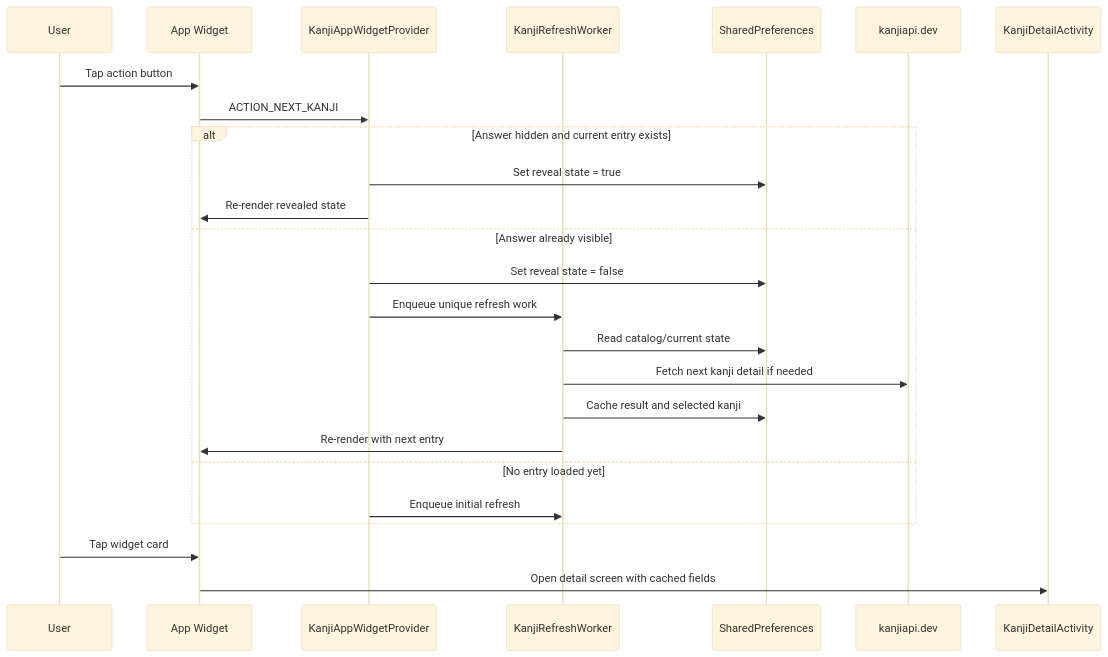
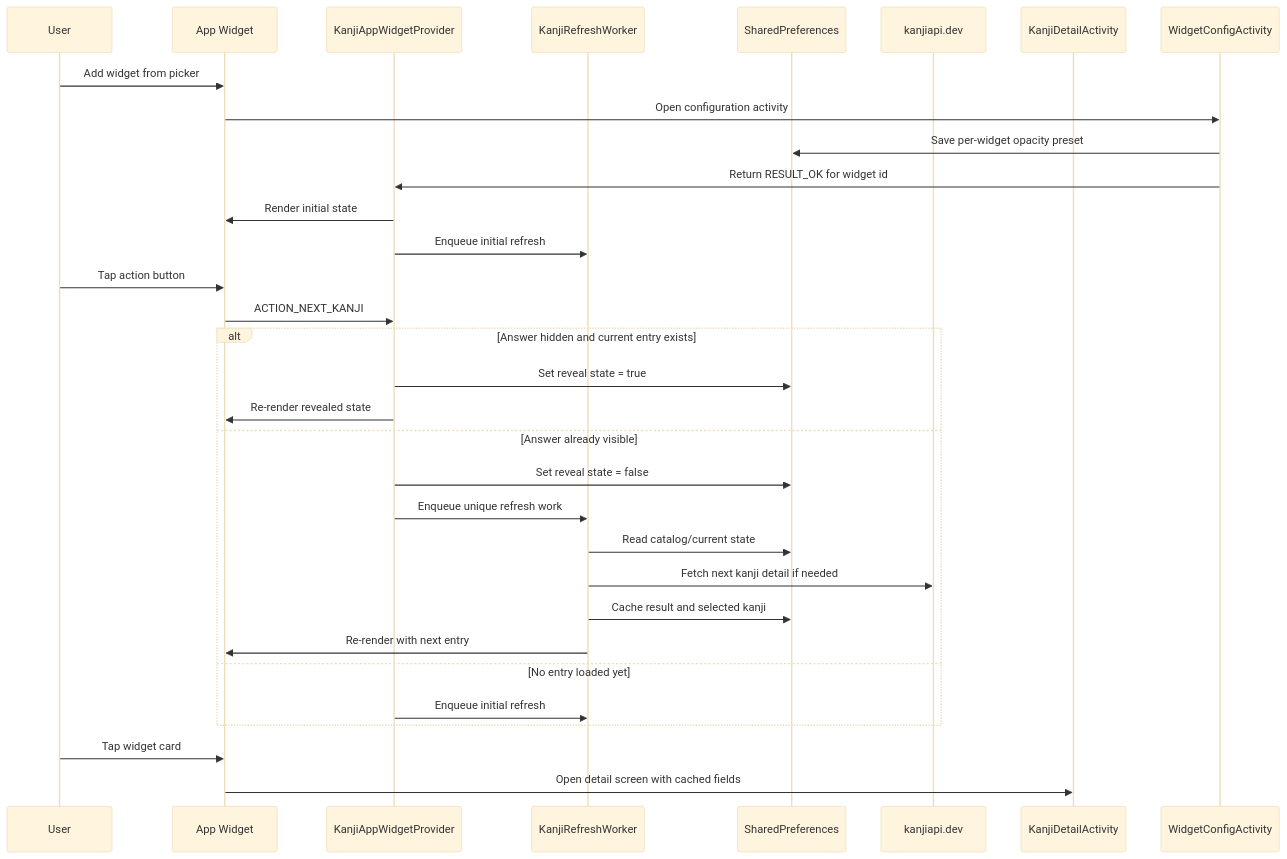
One commit to 2zcory/kanji-widget changed the diagram in docs/detail-design/widget.md. Above: the diagram before and after it, drawn with Mermaid (base theme). The commit also changed other lines of this file and 11 other files, not shown here.

Commit message:
Add widget configuration flow

````diff
--- a/docs/detail-design/widget.md
+++ b/docs/detail-design/widget.md
@@ -75,28 +89,36 @@
 ```mermaid
 sequenceDiagram
     participant User
     participant Widget as App Widget
     participant Provider as KanjiAppWidgetProvider
     participant Worker as KanjiRefreshWorker
     participant Prefs as SharedPreferences
     participant API as kanjiapi.dev
     participant Detail as KanjiDetailActivity
+    participant Config as WidgetConfigActivity
+
+    User->>Widget: Add widget from picker
+    Widget->>Config: Open configuration activity
+    Config->>Prefs: Save per-widget opacity preset
+    Config->>Provider: Return RESULT_OK for widget id
+    Provider->>Widget: Render initial state
+    Provider->>Worker: Enqueue initial refresh
 
     User->>Widget: Tap action button
     Widget->>Provider: ACTION_NEXT_KANJI
     alt Answer hidden and current entry exists
         Provider->>Prefs: Set reveal state = true
         Provider->>Widget: Re-render revealed state
     else Answer already visible
         Provider->>Prefs: Set reveal state = false
         Provider->>Worker: Enqueue unique refresh work
         Worker->>Prefs: Read catalog/current state
         Worker->>API: Fetch next kanji detail if needed
         Worker->>Prefs: Cache result and selected kanji
         Worker->>Widget: Re-render with next entry
     else No entry loaded yet
         Provider->>Worker: Enqueue initial refresh
     end
     User->>Widget: Tap widget card
     Widget->>Detail: Open detail screen with cached fields
 ```
````
